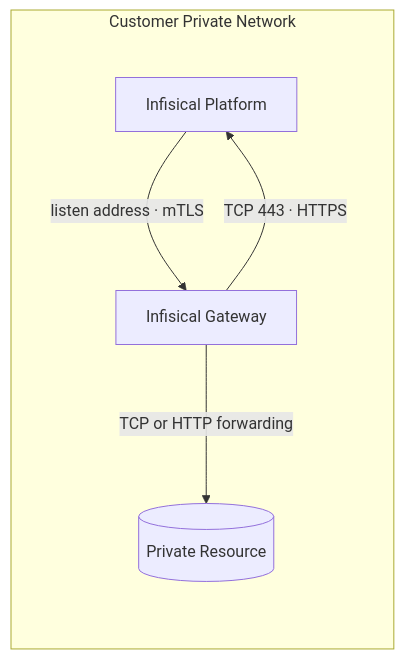
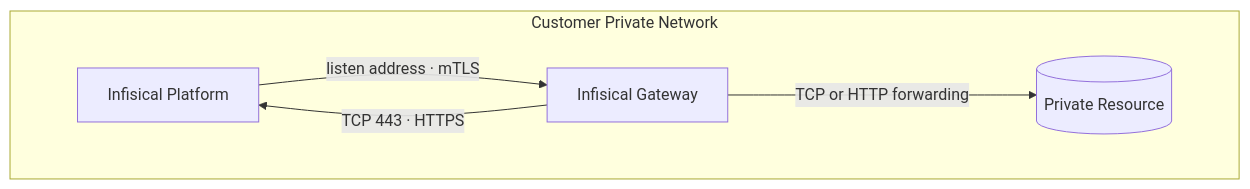
The second of 2 diagrams in docs/documentation/platform/gateways/network-architecture.mdx (Infisical/infisical), drawn with Mermaid before and after one commit.

Commit message:
docs(gateways): lay the direct listen diagram out horizontally
Moving the platform inside the private network subgraph left it on the
subgraph's TB direction, so all four nodes stacked into a narrow column.

````diff
--- a/docs/documentation/platform/gateways/network-architecture.mdx
+++ b/docs/documentation/platform/gateways/network-architecture.mdx
@@ -49,13 +49,13 @@
 ```mermaid
 %%{init: {'flowchart': {'nodeSpacing': 70, 'rankSpacing': 110, 'curve': 'basis'}}}%%
 flowchart LR
   subgraph customer["Customer Private Network"]
-    direction TB
+    direction LR
     PLAT["Infisical Platform"]
     GW["Infisical Gateway"]
     RES[("Private Resource")]
     PLAT -->|"listen address · mTLS"| GW
     GW -->|"TCP 443 · HTTPS"| PLAT
     GW -->|"TCP or HTTP forwarding"| RES
   end
 ```
````
